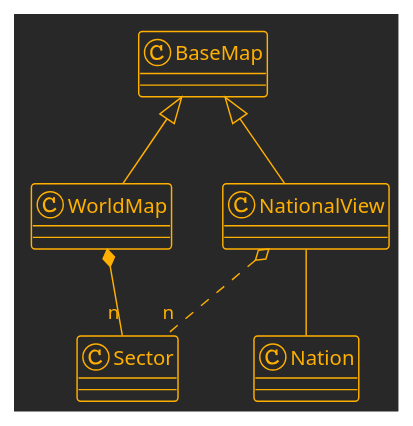
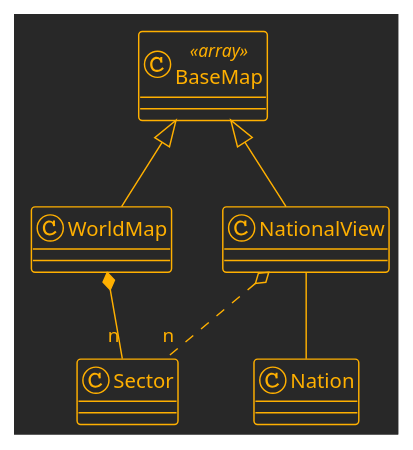
Before and after one commit to marknelsonengineer/empire: the seventh of 10 diagrams in DESIGN_CONCEPTS.md, drawn with PlantUML. The commit also changed other lines of this file and 3 other files, not shown here.

```diff
--- a/DESIGN_CONCEPTS.md
+++ b/DESIGN_CONCEPTS.md
@@ -291,16 +310,16 @@
 @startuml
 !theme crt-amber
 
-class BaseMap
+class BaseMap <<array>>
 class WorldMap
 class NationalView
 class Nation
 class Sector
 
 BaseMap      <|-- WorldMap
 BaseMap      <|-- NationalView
 NationalView --   Nation
 WorldMap     *-- "n" Sector
 NationalView o.. "n" Sector
 
 @enduml
```
